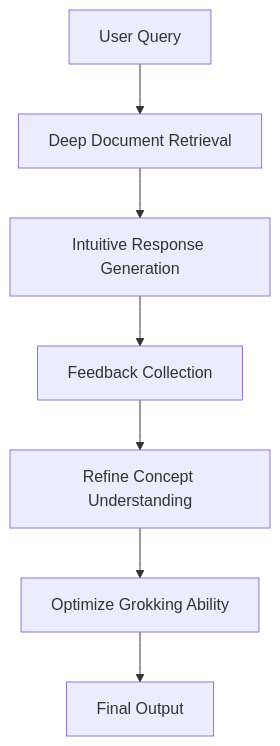
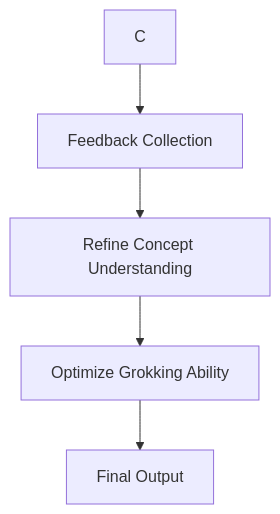
Diagram 25 of 29 in Readme.md (Dinuk-Di/RAG-Architectures), drawn with Mermaid before and after one commit. The commit also changed other lines of this file, not shown here.

````diff
--- a/Readme.md
+++ b/Readme.md
@@ -439,9 +449,7 @@
 ```mermaid
 flowchart TD
-    A[User Query] --> B[Deep Document Retrieval]
-    B --> C[Intuitive Response Generation]
     C --> D[Feedback Collection]
     D --> E[Refine Concept Understanding]
     E --> F[Optimize Grokking Ability]
     F --> G[Final Output]
 ```
````
